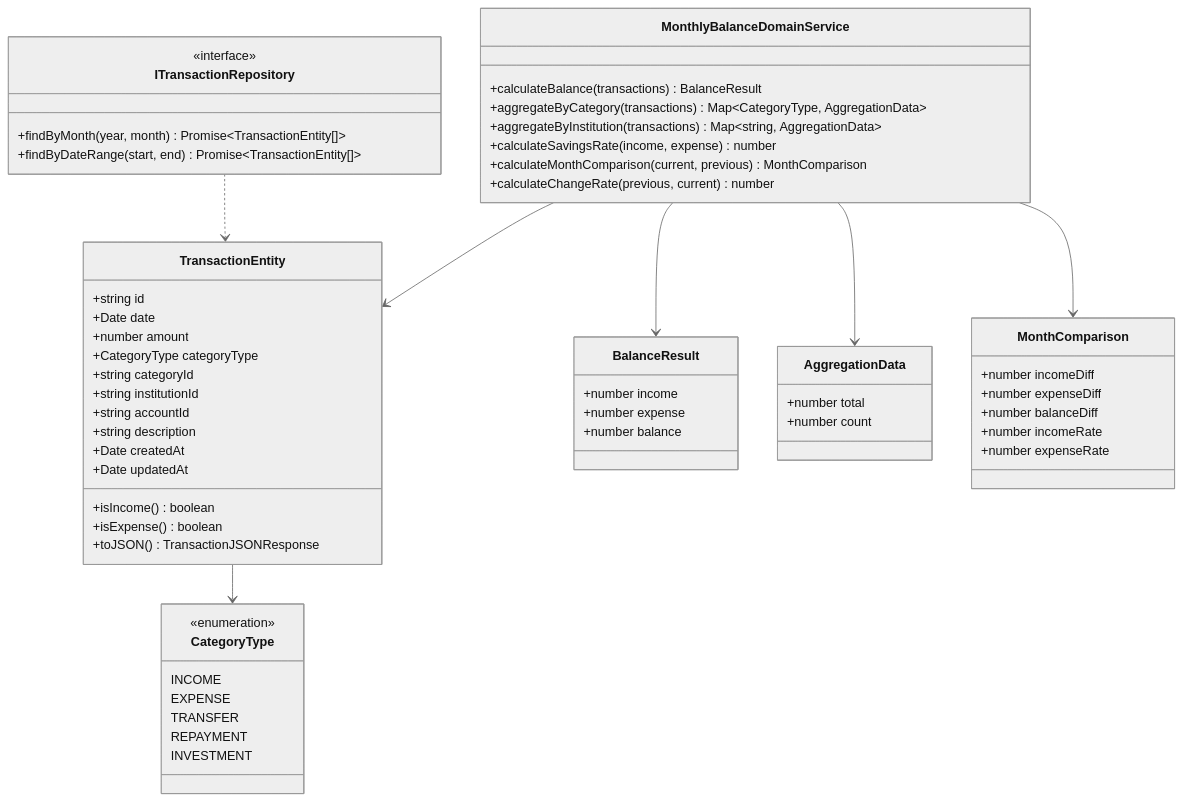
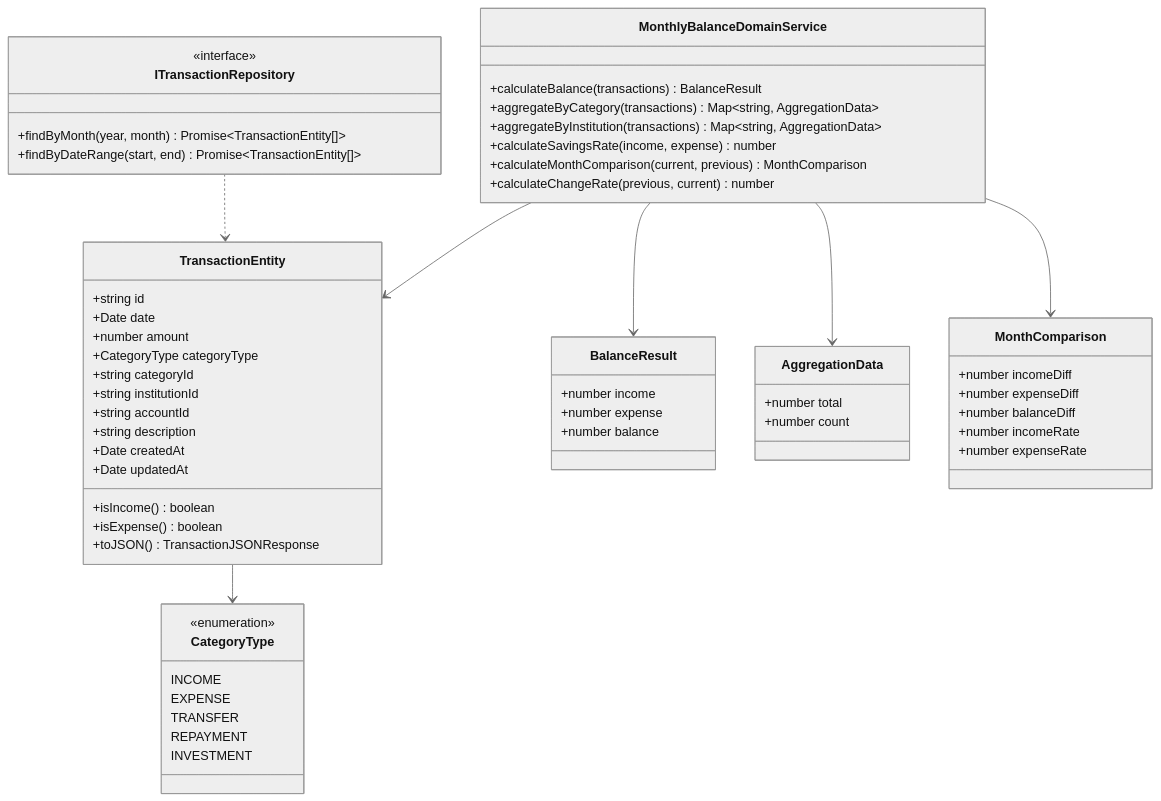
One commit to kencom2400/account-book changed the first of 4 diagrams in docs/detailed-design/FR-016_monthly-balance-aggregation/class-diagrams.md. Above: the diagram before and after it, drawn with Mermaid (neutral theme). The commit also changed other lines of this file and 1 other file, not shown here.

First line of the commit message:
docs(aggregation): aggregateByCategoryの戻り値型を修正

````diff
--- a/docs/detailed-design/FR-016_monthly-balance-aggregation/class-diagrams.md
+++ b/docs/detailed-design/FR-016_monthly-balance-aggregation/class-diagrams.md
@@ -18,68 +18,68 @@
 ```mermaid
 classDiagram
     class TransactionEntity {
         +string id
         +Date date
         +number amount
         +CategoryType categoryType
         +string categoryId
         +string institutionId
         +string accountId
         +string description
         +Date createdAt
         +Date updatedAt
         +isIncome() boolean
         +isExpense() boolean
         +toJSON() TransactionJSONResponse
     }
 
     class CategoryType {
         <<enumeration>>
         INCOME
         EXPENSE
         TRANSFER
         REPAYMENT
         INVESTMENT
     }
 
     class MonthlyBalanceDomainService {
         +calculateBalance(transactions) BalanceResult
-        +aggregateByCategory(transactions) Map~CategoryType, AggregationData~
+        +aggregateByCategory(transactions) Map~string, AggregationData~
         +aggregateByInstitution(transactions) Map~string, AggregationData~
         +calculateSavingsRate(income, expense) number
         +calculateMonthComparison(current, previous) MonthComparison
         +calculateChangeRate(previous, current) number
     }
 
     class BalanceResult {
         +number income
         +number expense
         +number balance
     }
 
     class AggregationData {
         +number total
         +number count
     }
 
     class MonthComparison {
         +number incomeDiff
         +number expenseDiff
         +number balanceDiff
         +number incomeRate
         +number expenseRate
     }
 
     class ITransactionRepository {
         <<interface>>
         +findByMonth(year, month) Promise~TransactionEntity[]~
         +findByDateRange(start, end) Promise~TransactionEntity[]~
     }
 
     TransactionEntity --> CategoryType
     MonthlyBalanceDomainService --> TransactionEntity
     MonthlyBalanceDomainService --> BalanceResult
     MonthlyBalanceDomainService --> AggregationData
     MonthlyBalanceDomainService --> MonthComparison
     ITransactionRepository ..> TransactionEntity
 ```
````
